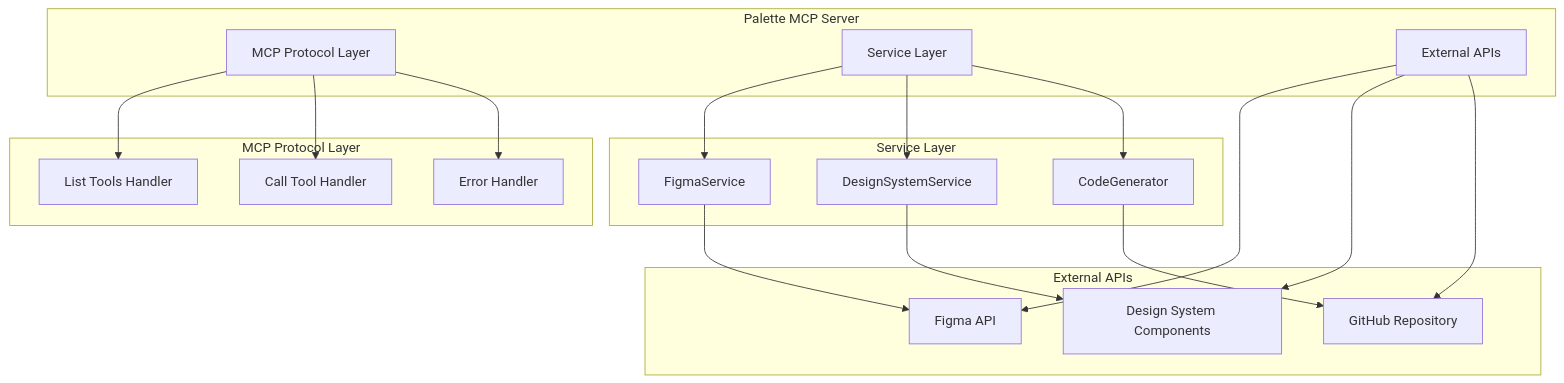
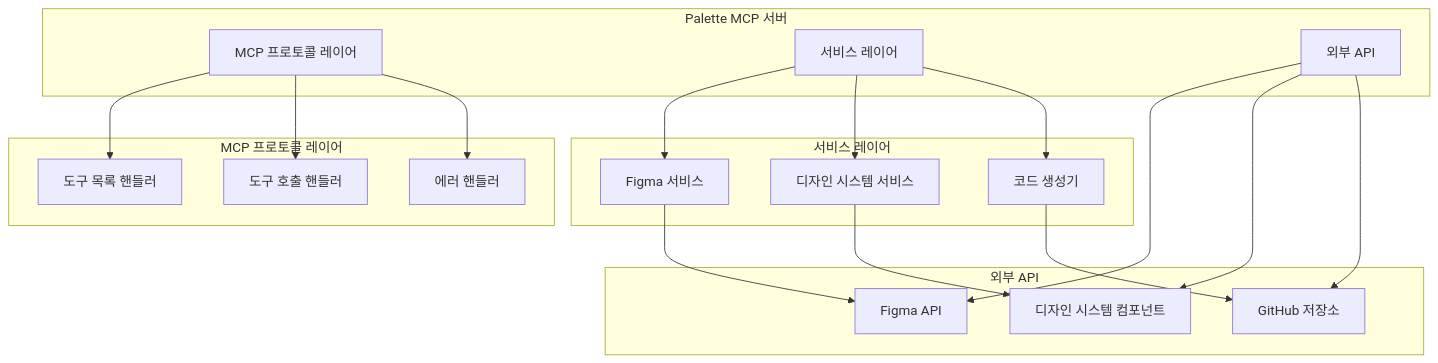
One commit to Opti-kjh/palette changed the first of 8 diagrams in project-flow-diagram.md. Above: the diagram before and after it, drawn with Mermaid. The commit also changed other lines of this file and 2 other files, not shown here.

Commit message:
project-flow-diagram 주석 설치

````diff
--- a/project-flow-diagram.md
+++ b/project-flow-diagram.md
@@ -5,40 +5,40 @@
 ```mermaid
 graph TB
-    subgraph "Palette MCP Server"
-        A[MCP Protocol Layer]
-        B[Service Layer]
-        C[External APIs]
+    subgraph "Palette MCP 서버"
+        A[MCP 프로토콜 레이어]
+        B[서비스 레이어]
+        C[외부 API]
     end
     
-    subgraph "MCP Protocol Layer"
-        D[List Tools Handler]
-        E[Call Tool Handler]
-        F[Error Handler]
+    subgraph "MCP 프로토콜 레이어"
+        D[도구 목록 핸들러]
+        E[도구 호출 핸들러]
+        F[에러 핸들러]
     end
     
-    subgraph "Service Layer"
-        G[FigmaService]
-        H[DesignSystemService]
-        I[CodeGenerator]
+    subgraph "서비스 레이어"
+        G[Figma 서비스]
+        H[디자인 시스템 서비스]
+        I[코드 생성기]
     end
     
-    subgraph "External APIs"
+    subgraph "외부 API"
         J[Figma API]
-        K[Design System Components]
-        L[GitHub Repository]
+        K[디자인 시스템 컴포넌트]
+        L[GitHub 저장소]
     end
     
     A --> D
     A --> E
     A --> F
     B --> G
     B --> H
     B --> I
     C --> J
     C --> K
     C --> L
     
     G --> J
     H --> K
     I --> L
 ```
````
